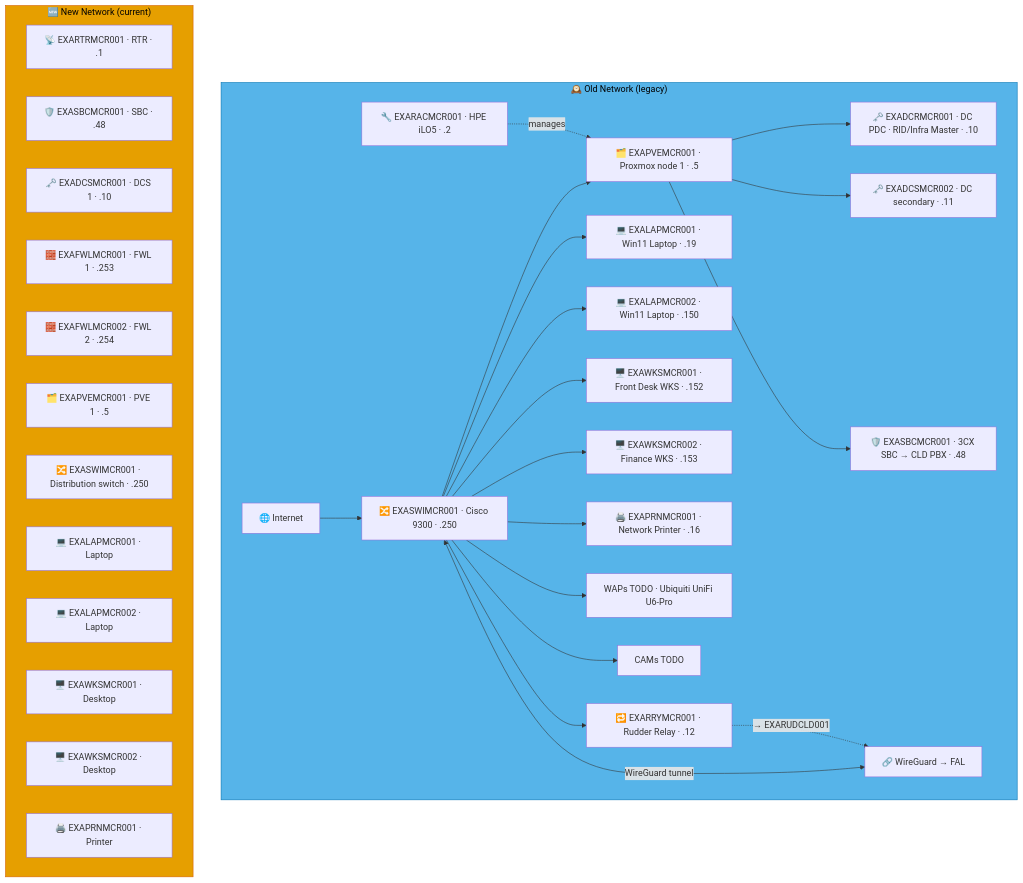
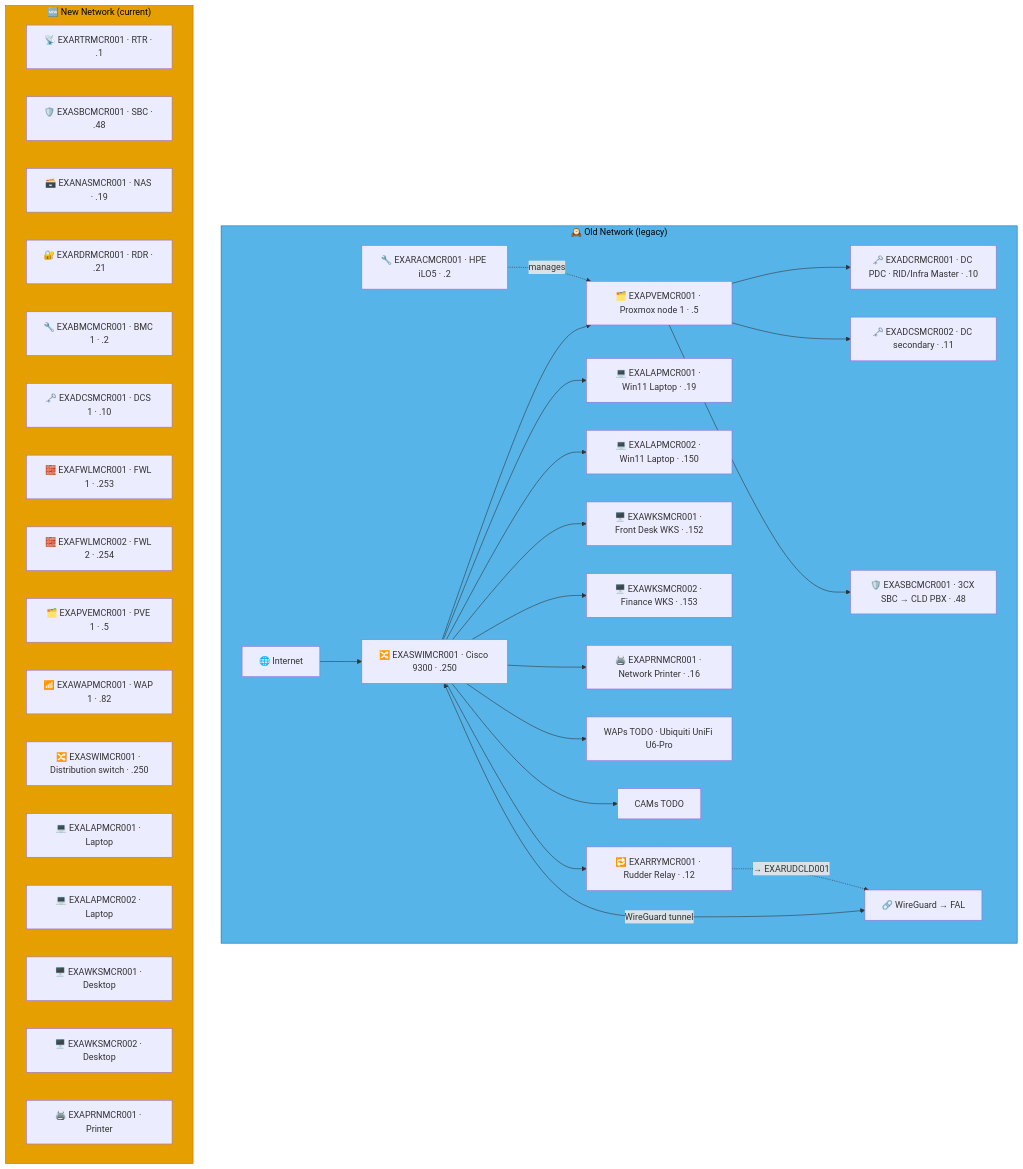
The third of 9 diagrams in docs/network-diagram/england.md (knightmare2600/example_music_infra), drawn with Mermaid before and after one commit. The commit also changed other lines of this file and 15 other files, not shown here.

````diff
--- a/docs/network-diagram/england.md
+++ b/docs/network-diagram/england.md
@@ -146,48 +154,52 @@
 ```mermaid
 graph TD
     subgraph OLD_MCR ["🕰️ Old Network (legacy)"]
       INET["🌐 Internet"]
       SW["🔀 EXASWIMCR001 · Cisco 9300 · .250"]
       RAC["🔧 EXARACMCR001 · HPE iLO5 · .2"]
       PVE["🗂️ EXAPVEMCR001 · Proxmox node 1 · .5"]
       DC1["🗝️ EXADCRMCR001 · DC PDC · RID/Infra Master · .10"]
       DC2["🗝️ EXADCSMCR002 · DC secondary · .11"]
       SBC["🛡️ EXASBCMCR001 · 3CX SBC → CLD PBX · .48"]
       RRY["🔁 EXARRYMCR001 · Rudder Relay · .12"]
       LAP1["💻 EXALAPMCR001 · Win11 Laptop · .19"]
       LAP2["💻 EXALAPMCR002 · Win11 Laptop · .150"]
       WKS1["🖥️ EXAWKSMCR001 · Front Desk WKS · .152"]
       WKS2["🖥️ EXAWKSMCR002 · Finance WKS · .153"]
       PRN["🖨️ EXAPRNMCR001 · Network Printer · .16"]
       WAP["WAPs TODO · Ubiquiti UniFi U6-Pro"]
       CAM["CAMs TODO"]
       VPN["🔗 WireGuard → FAL"]
 
       INET --> SW
       SW --> PVE --> DC1 & DC2 & SBC
       RAC -.->|"manages"| PVE
       SW --> LAP1 & LAP2 & WKS1 & WKS2 & PRN & WAP & CAM
       SW <-->|"WireGuard tunnel"| VPN
 
       SW --> RRY
       RRY -. "→ EXARUDCLD001" .-> VPN
     end
     style OLD_MCR fill:#56B4E9,stroke:#0072B2,color:#000000
     %% GENERATED:NEW-NETWORK:MCR:START
     subgraph NEW_MCR ["🆕 New Network (current)"]
       N_RTR["📡 EXARTRMCR001 · RTR · .1"]
       N_SBC["🛡️ EXASBCMCR001 · SBC · .48"]
+      N_NAS["🗃️ EXANASMCR001 · NAS · .19"]
+      N_RDR["🔐 EXARDRMCR001 · RDR · .21"]
+      N_BMC["🔧 EXABMCMCR001 · BMC 1 · .2"]
       N_DCS["🗝️ EXADCSMCR001 · DCS 1 · .10"]
       N_FWL["🧱 EXAFWLMCR001 · FWL 1 · .253"]
       N_FWL2["🧱 EXAFWLMCR002 · FWL 2 · .254"]
       N_PVE["🗂️ EXAPVEMCR001 · PVE 1 · .5"]
+      N_WAP["📶 EXAWAPMCR001 · WAP 1 · .82"]
       N_SWI["🔀 EXASWIMCR001 · Distribution switch · .250"]
       N_LAP["💻 EXALAPMCR001 · Laptop"]
       N_LAP2["💻 EXALAPMCR002 · Laptop"]
       N_WKS["🖥️ EXAWKSMCR001 · Desktop"]
       N_WKS2["🖥️ EXAWKSMCR002 · Desktop"]
       N_PRN["🖨️ EXAPRNMCR001 · Printer"]
     end
     style NEW_MCR fill:#E69F00,stroke:#D55E00,color:#000000
     %% GENERATED:NEW-NETWORK:MCR:END
 ```
````
